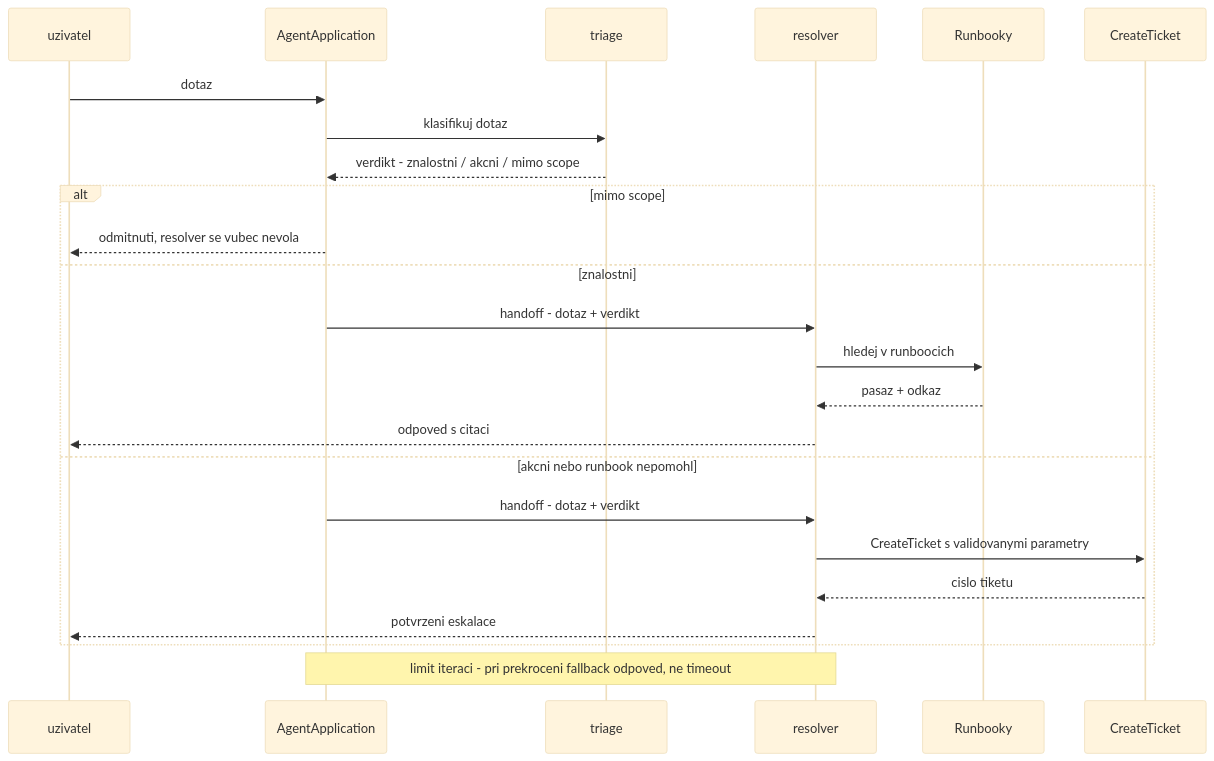
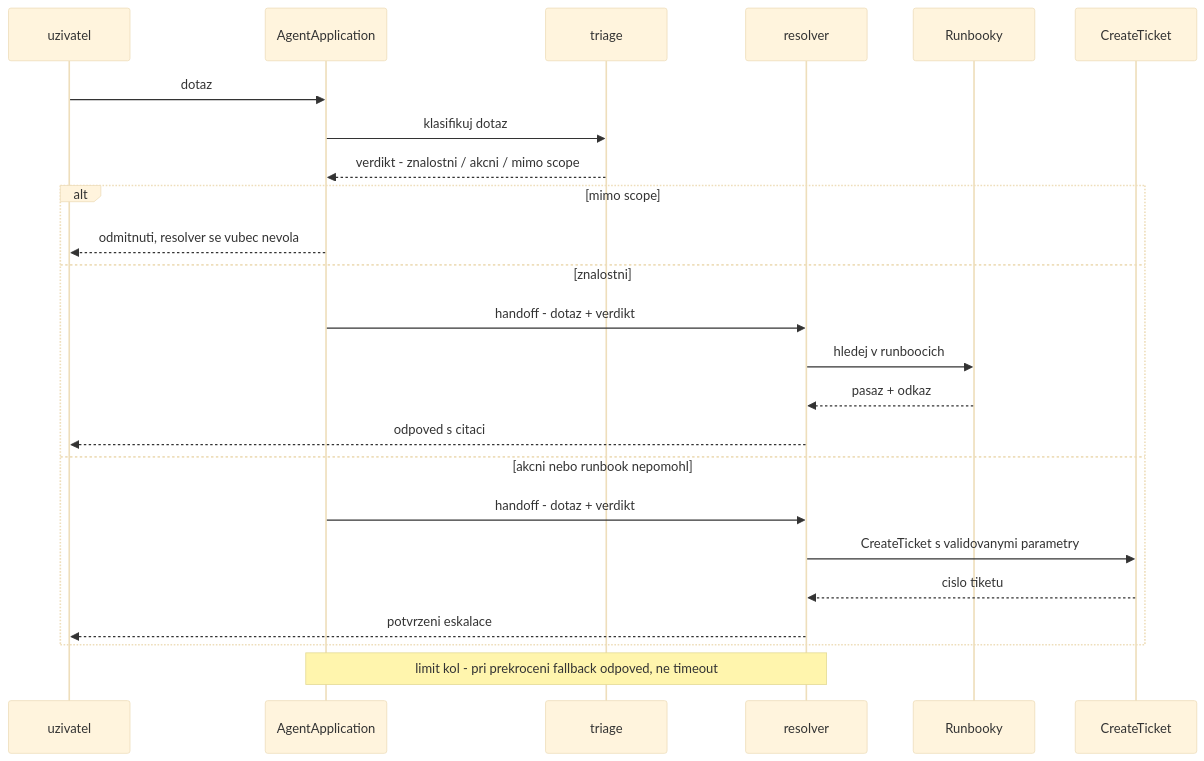
Before and after one commit to MalasekPetr/gopas-spo_copilot: the second of 2 diagrams in day-3/agent-framework/README.md, drawn with Mermaid (base theme). The commit also changed other lines of this file and 7 other files, not shown here.

````diff
--- a/day-3/agent-framework/README.md
+++ b/day-3/agent-framework/README.md
@@ -123,26 +123,26 @@
 ```mermaid
 sequenceDiagram
   participant U as uzivatel
   participant A as AgentApplication
   participant T as triage
   participant R as resolver
   participant K as Runbooky
   participant C as CreateTicket
   U->>A: dotaz
   A->>T: klasifikuj dotaz
   T-->>A: verdikt - znalostni / akcni / mimo scope
   alt mimo scope
     A-->>U: odmitnuti, resolver se vubec nevola
   else znalostni
     A->>R: handoff - dotaz + verdikt
     R->>K: hledej v runboocich
     K-->>R: pasaz + odkaz
     R-->>U: odpoved s citaci
   else akcni nebo runbook nepomohl
     A->>R: handoff - dotaz + verdikt
     R->>C: CreateTicket s validovanymi parametry
     C-->>R: cislo tiketu
     R-->>U: potvrzeni eskalace
   end
-  Note over A,R: limit iteraci - pri prekroceni fallback odpoved, ne timeout
+  Note over A,R: limit kol - pri prekroceni fallback odpoved, ne timeout
 ```
````
